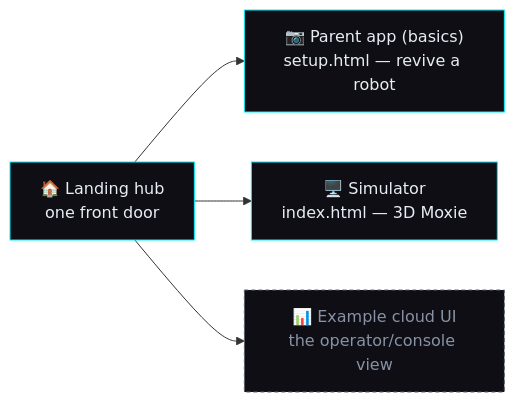
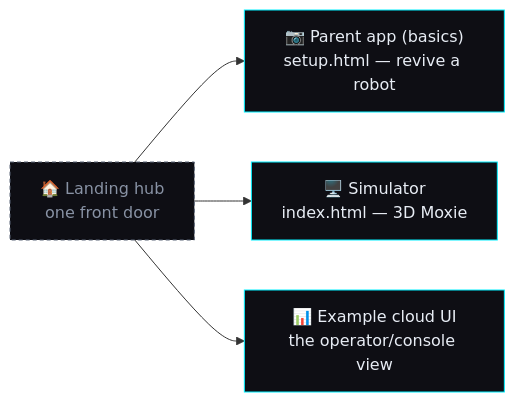
One commit to mvalancy/moxie-robot-saver changed the diagram in docs/architecture/static-experience.md. Above: the diagram before and after it, drawn with Mermaid. The commit also changed other lines of this file and 9 other files, not shown here.

````diff
--- a/docs/architecture/static-experience.md
+++ b/docs/architecture/static-experience.md
@@ -11,10 +11,10 @@
 ```mermaid
 flowchart LR
   hub["🏠 Landing hub<br/>one front door"]
   hub --> setup["📷 Parent app (basics)<br/>setup.html — revive a robot"]
   hub --> sim["🖥️ Simulator<br/>index.html — 3D Moxie"]
   hub --> cloud["📊 Example cloud UI<br/>the operator/console view"]
   classDef d fill:#0e0e14,stroke:#00f0ff,color:#e8edf5;
   classDef todo fill:#0e0e14,stroke:#5a6577,color:#8892a4,stroke-dasharray:4 3;
-  class hub,setup,sim d; class cloud todo;
+  class hub d; class setup,sim,cloud d; class hub todo;
 ```
````
